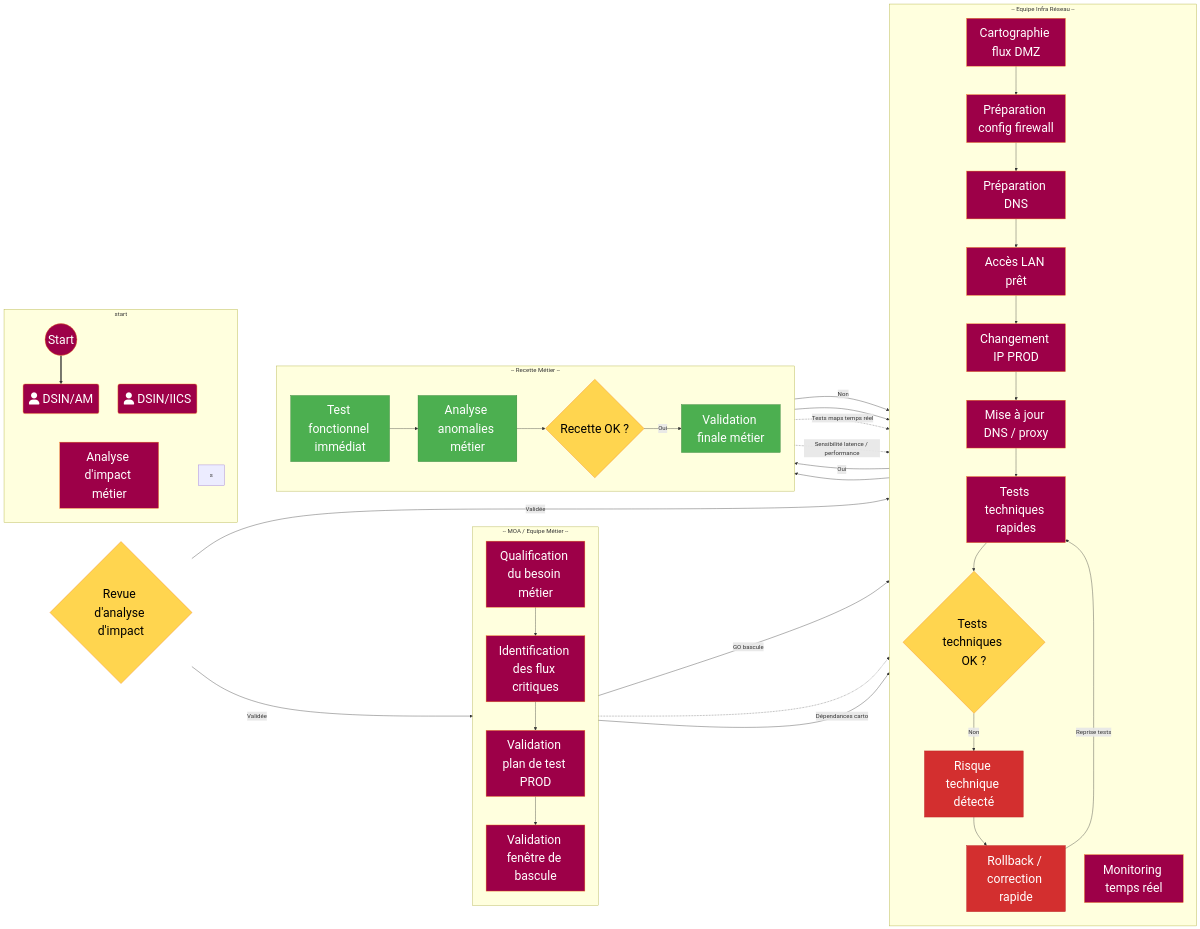
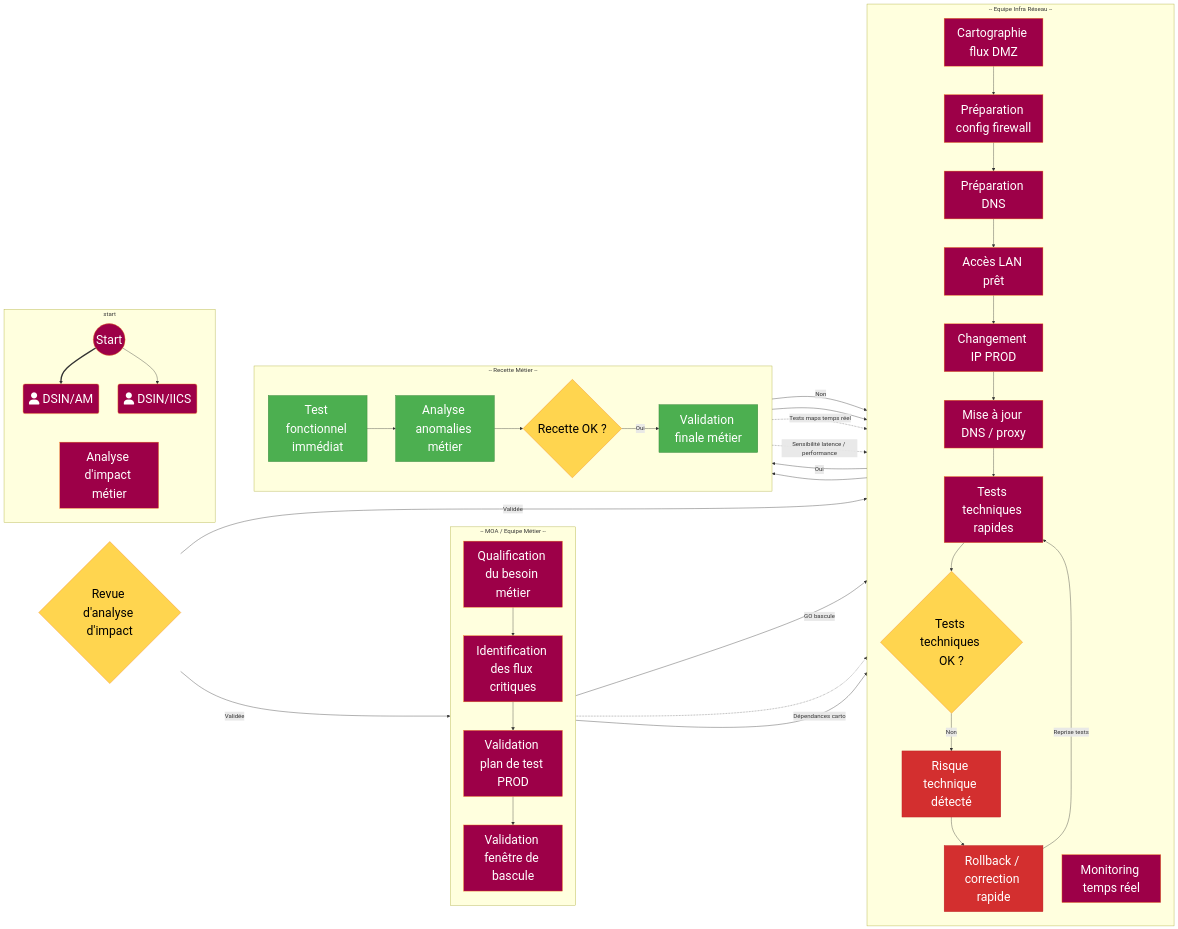
The diagram in all/CHANGE IP - Sans Pre-Prod.md (fdadda/iodraw-files), drawn with Mermaid before and after one commit.

Commit message:
2026-06-01 15:27:11 update

```diff
--- a/all/CHANGE IP - Sans Pre-Prod.md
+++ b/all/CHANGE IP - Sans Pre-Prod.md
@@ -12,7 +12,7 @@
 AM(fa:fa-user DSIN/AM):::metier --> S0
 IICS(fa:fa-user DSIN/IICS):::infra --> S0
 start((Start)):::metier ==> AM
-s
+start --> IICS
   
    
     
```
